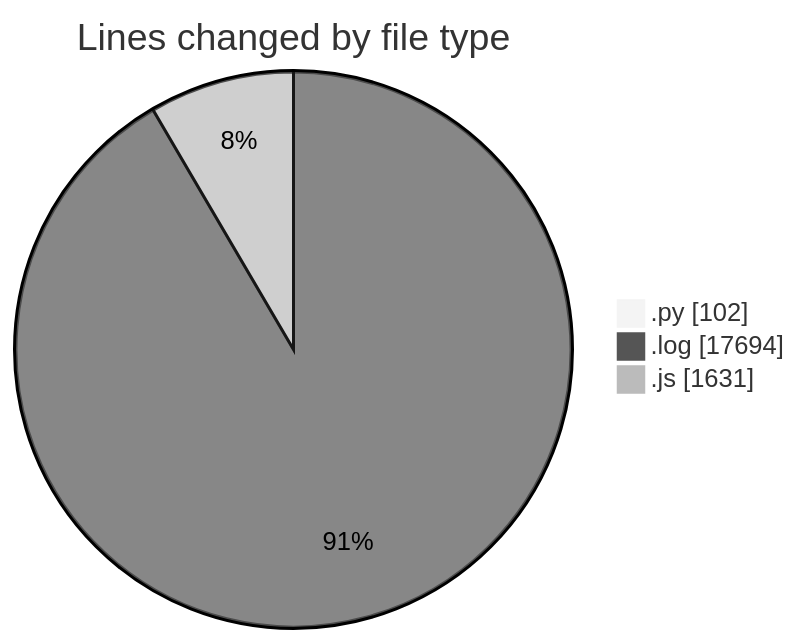
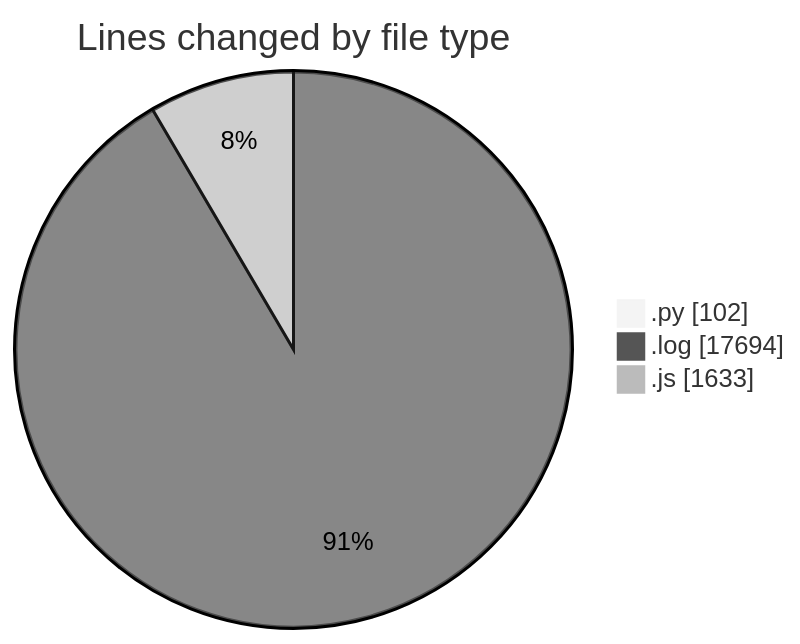
The first of 2 diagrams in 2025-04-19/nxtqube_webapp/README.md (nxtqubesakshisongat/code-tracking), drawn with Mermaid (neutral theme) before and after one commit. The commit also changed other lines of this file and 1 other file, not shown here.

````diff
--- a/2025-04-19/nxtqube_webapp/README.md
+++ b/2025-04-19/nxtqube_webapp/README.md
@@ -32,7 +32,7 @@
 ```mermaid
 pie showData
 title Lines changed by file type
 ".py" : 102
 ".log" : 17694
-".js" : 1631
+".js" : 1633
 ```
````
